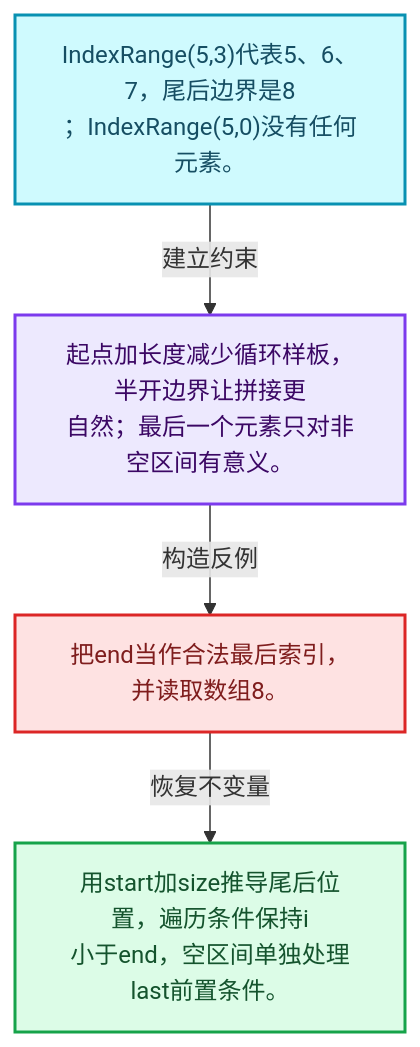
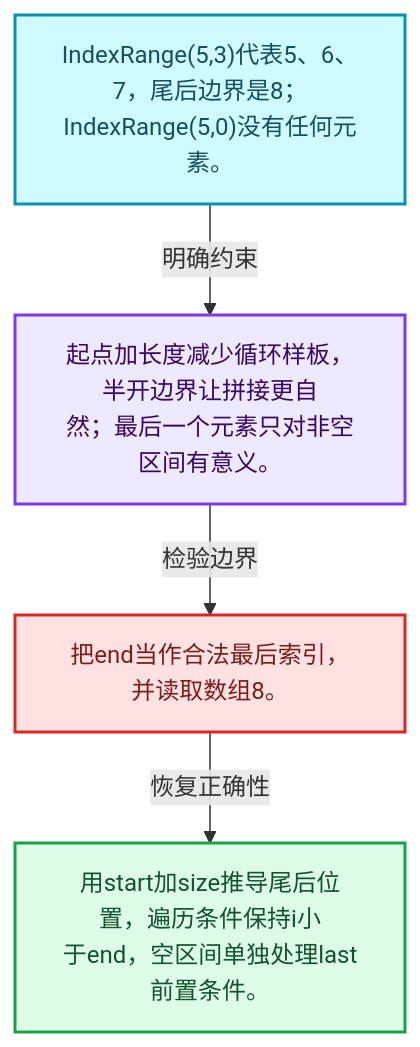
Before and after one commit to yunkezengren/blender-.vscode: the first of 4 diagrams in 杂/markdown/全面学习-codex/01-基础容器与现代CPP/04-IndexRange连续整数区间.md, drawn with Mermaid. The commit also changed other lines of this file and 1930 other files, not shown here.

````diff
--- a/杂/markdown/全面学习-codex/01-基础容器与现代CPP/04-IndexRange连续整数区间.md
+++ b/杂/markdown/全面学习-codex/01-基础容器与现代CPP/04-IndexRange连续整数区间.md
@@ -29,16 +29,16 @@
 ```mermaid
 flowchart TB
-  M["IndexRange(5,3)代表5、6、7，尾后边界是8<br/>；IndexRange(5,0)没有任何元素。"]:::data
-  T["起点加长度减少循环样板，半开边界让拼接更<br/>自然；最后一个元素只对非空区间有意义。"]:::abstraction
-  X["把end当作合法最后索引，并读取数组8。"]:::error
-  A["用start加size推导尾后位置，遍历条件保持i<br/>小于end，空区间单独处理last前置条件。"]:::result
-  M -->|"建立约束"| T
-  T -->|"构造反例"| X
-  X -->|"恢复不变量"| A
+  M["IndexRange(5,3)代表5、6、7，尾后边界是8；<br/>IndexRange(5,0)没有任何元素。"]:::data
+  C["起点加长度减少循环样板，半开边界让拼接更自<br/>然；最后一个元素只对非空区间有意义。"]:::abstraction
+  B["把end当作合法最后索引，并读取数组8。"]:::error
+  R["用start加size推导尾后位置，遍历条件保持i小<br/>于end，空区间单独处理last前置条件。"]:::result
+  M -->|"明确约束"| C
+  C -->|"检验边界"| B
+  B -->|"恢复正确性"| R
   classDef input fill:#DBEAFE,stroke:#2563EB,color:#172554,stroke-width:2px;
   classDef data fill:#CFFAFE,stroke:#0891B2,color:#164E63,stroke-width:2px;
   classDef abstraction fill:#EDE9FE,stroke:#7C3AED,color:#3B0764,stroke-width:2px;
   classDef compute fill:#FEF3C7,stroke:#D97706,color:#78350F,stroke-width:2px;
   classDef result fill:#DCFCE7,stroke:#16A34A,color:#14532D,stroke-width:2px;
   classDef error fill:#FEE2E2,stroke:#DC2626,color:#7F1D1D,stroke-width:2px;
 ```
````
